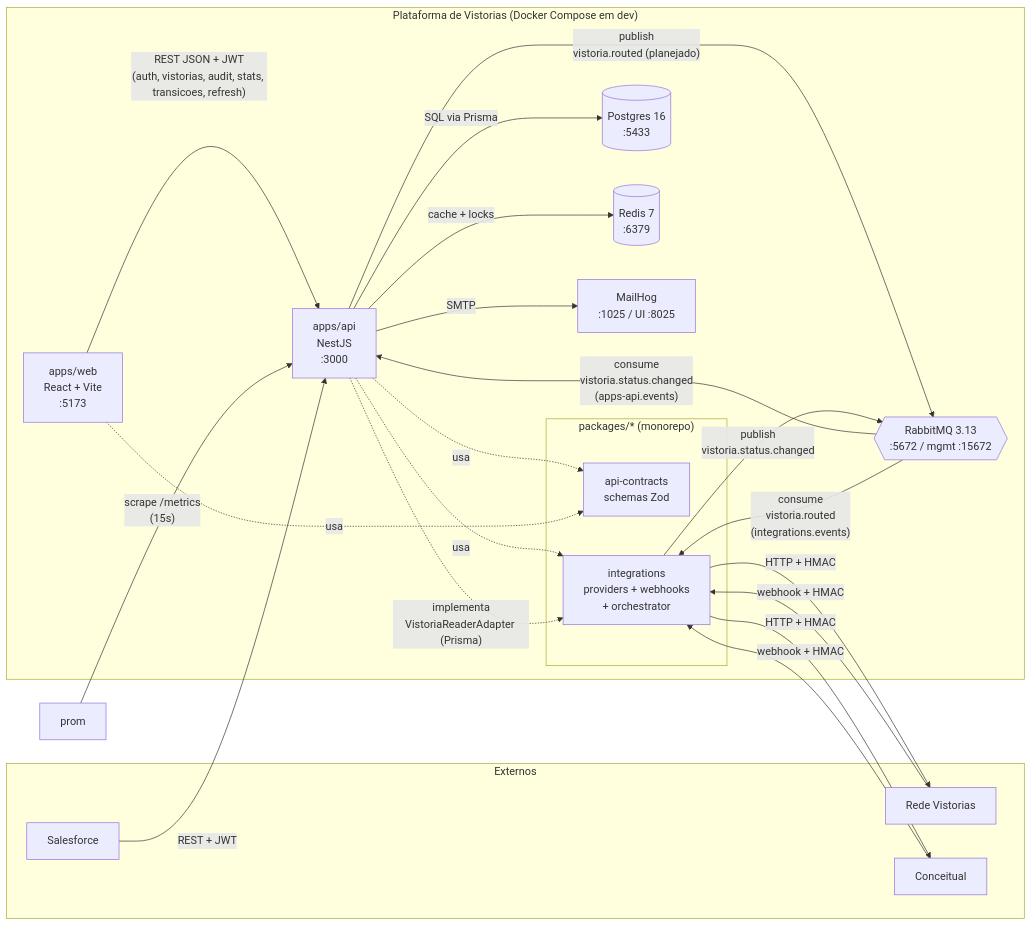
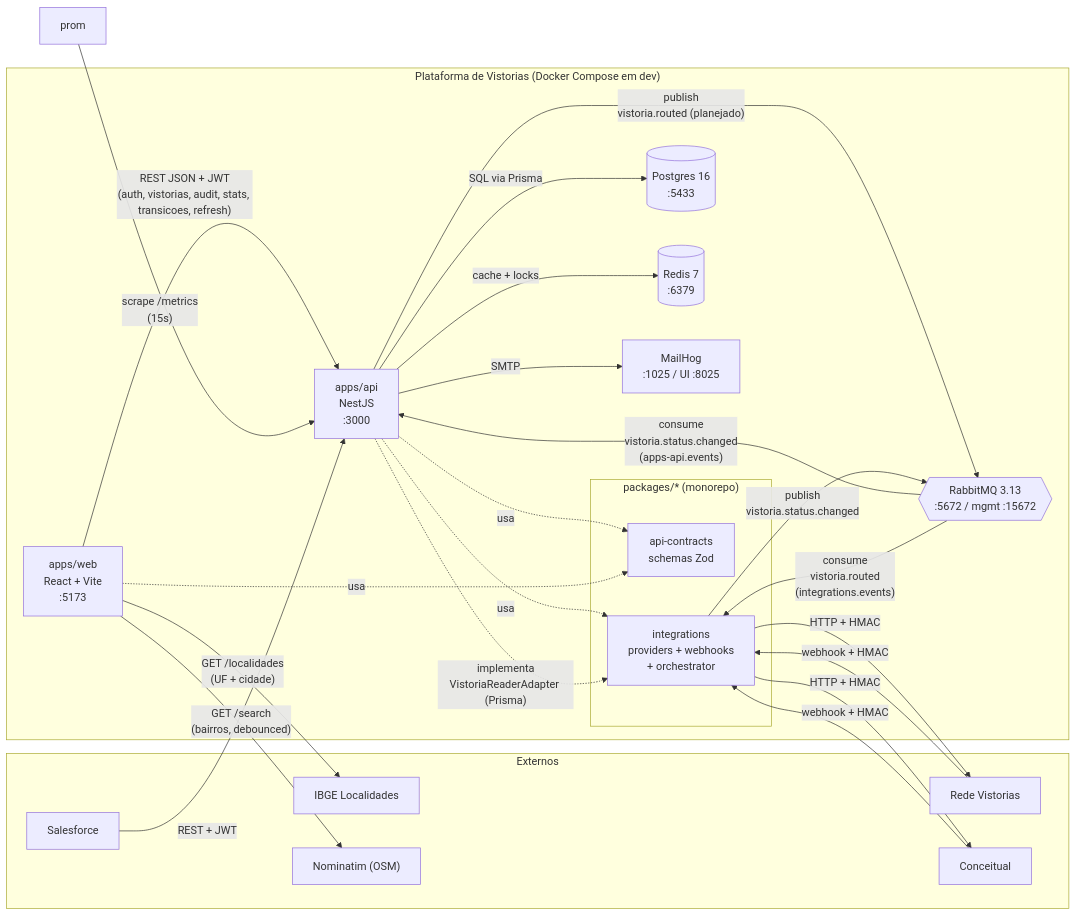
The first of 2 diagrams in docs/architecture/c4-container.md (csantosrss/VistoriaPlatform), drawn with Mermaid before and after one commit. The commit also changed other lines of this file and 7 other files, not shown here.

````diff
--- a/docs/architecture/c4-container.md
+++ b/docs/architecture/c4-container.md
@@ -7,45 +7,49 @@
 ```mermaid
 flowchart LR
     subgraph Externos
         sf["Salesforce"]
         rv["Rede Vistorias"]
         cc["Conceitual"]
+        ibge["IBGE Localidades"]
+        nom["Nominatim (OSM)"]
     end
 
     subgraph Plataforma["Plataforma de Vistorias (Docker Compose em dev)"]
         web["apps/web<br/>React + Vite<br/>:5173"]
         api["apps/api<br/>NestJS<br/>:3000"]
 
         subgraph Packages["packages/* (monorepo)"]
             contracts["api-contracts<br/>schemas Zod"]
             integrations["integrations<br/>providers + webhooks<br/>+ orchestrator"]
         end
 
         pg[("Postgres 16<br/>:5433")]
         redis[("Redis 7<br/>:6379")]
         rmq{{"RabbitMQ 3.13<br/>:5672 / mgmt :15672"}}
         mh["MailHog<br/>:1025 / UI :8025"]
     end
 
     web -- "REST JSON + JWT<br/>(auth, vistorias, audit, stats, transicoes, refresh)" --> api
 
     api -.usa.-> contracts
     api -.usa.-> integrations
     web -.usa.-> contracts
 
     api -- "SQL via Prisma" --> pg
     api -- "cache + locks" --> redis
     api -- "publish<br/>vistoria.routed (planejado)" --> rmq
     integrations -- "publish<br/>vistoria.status.changed" --> rmq
     rmq -- "consume<br/>vistoria.status.changed<br/>(apps-api.events)" --> api
     rmq -- "consume<br/>vistoria.routed<br/>(integrations.events)" --> integrations
     api -. "implementa<br/>VistoriaReaderAdapter (Prisma)" .-> integrations
 
     integrations -- "HTTP + HMAC" --> rv
     integrations -- "HTTP + HMAC" --> cc
     sf -- "REST + JWT" --> api
     api -- "SMTP" --> mh
     rv -- "webhook + HMAC" --> integrations
     cc -- "webhook + HMAC" --> integrations
     prom -- "scrape /metrics<br/>(15s)" --> api
+    web -- "GET /localidades<br/>(UF + cidade)" --> ibge
+    web -- "GET /search<br/>(bairros, debounced)" --> nom
 ```
````
